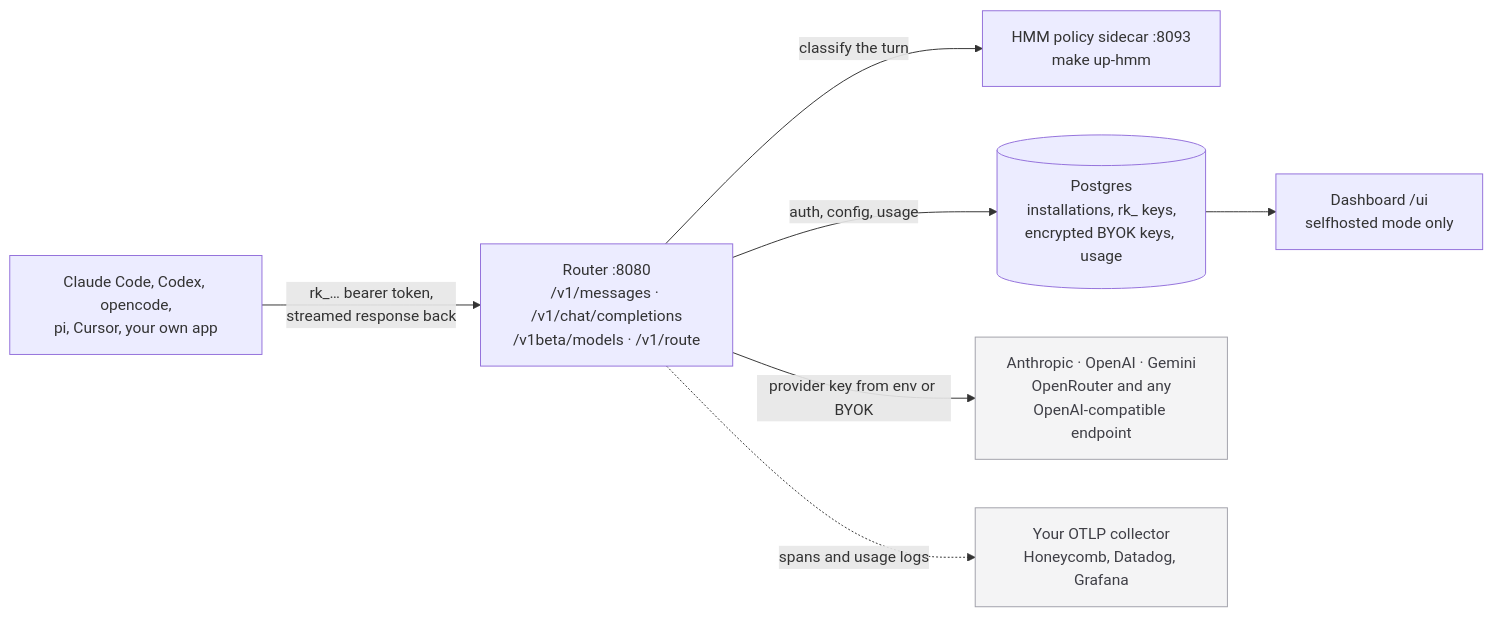
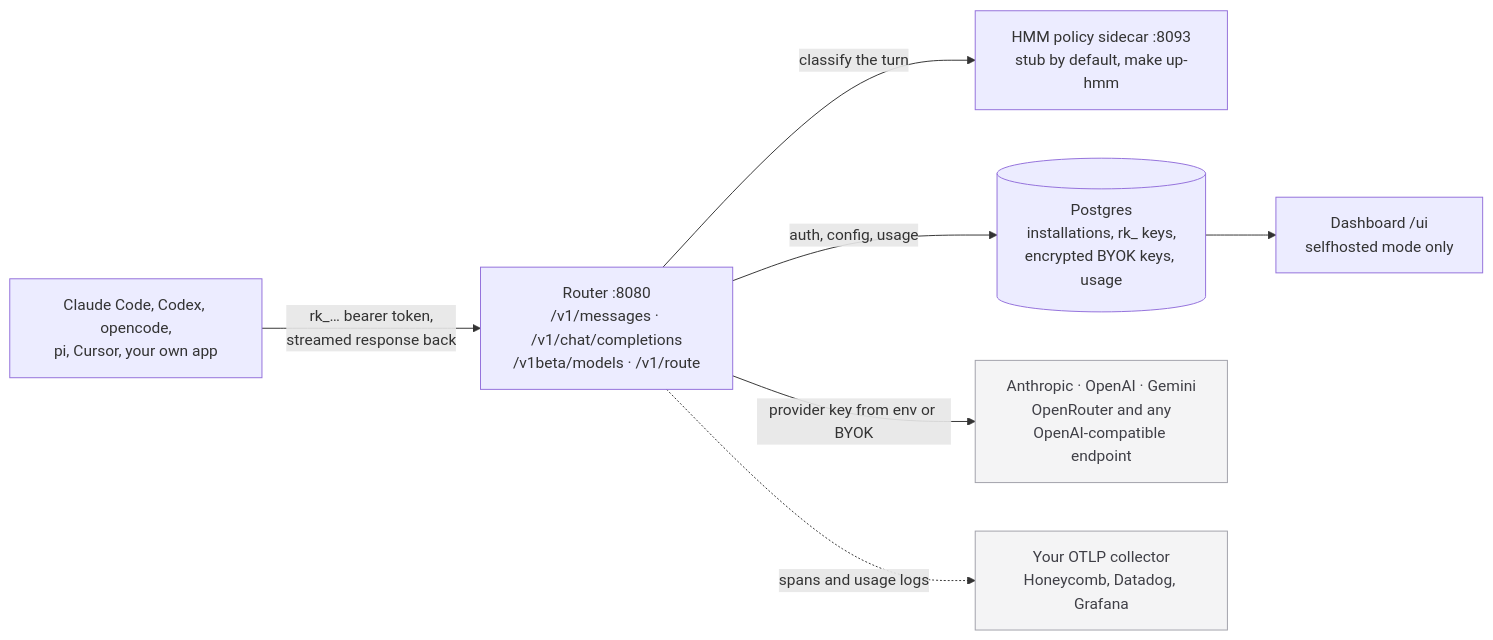
Before and after one commit to weave-os/router: the diagram in README.md, drawn with Mermaid. The commit also changed other lines of this file and 7 other files, not shown here.

First line of the commit message:
Boot the local compose stack on the stub HMM policy by default

````diff
--- a/README.md
+++ b/README.md
@@ -110,20 +110,20 @@
 ```mermaid
 flowchart LR
     client["Claude Code, Codex, opencode,<br/>pi, Cursor, your own app"]
     router["Router :8080<br/>/v1/messages · /v1/chat/completions<br/>/v1beta/models · /v1/route"]
-    hmm["HMM policy sidecar :8093<br/>make up-hmm"]
+    hmm["HMM policy sidecar :8093<br/>stub by default, make up-hmm"]
     pg[("Postgres<br/>installations, rk_ keys,<br/>encrypted BYOK keys, usage")]
     ui["Dashboard /ui<br/>selfhosted mode only"]
     providers["Anthropic · OpenAI · Gemini<br/>OpenRouter and any<br/>OpenAI-compatible endpoint"]
     otel["Your OTLP collector<br/>Honeycomb, Datadog, Grafana"]
 
     client -->|"rk_… bearer token,<br/>streamed response back"| router
     router -->|"classify the turn"| hmm
     router -->|"auth, config, usage"| pg
     pg --> ui
     router -->|"provider key from env or BYOK"| providers
     router -.->|"spans and usage logs"| otel
 
     classDef external fill:#f4f4f5,stroke:#a1a1aa,color:#3f3f46
     class providers,otel external
 ```
````
